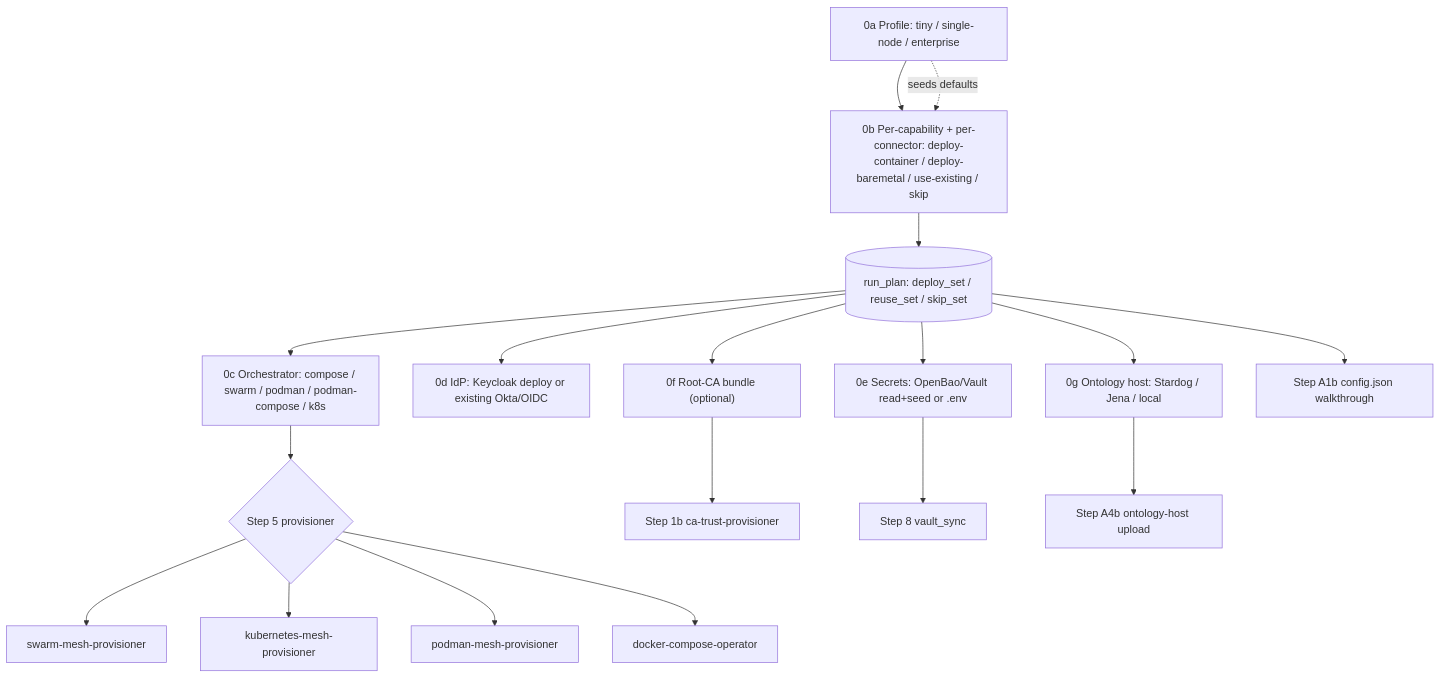
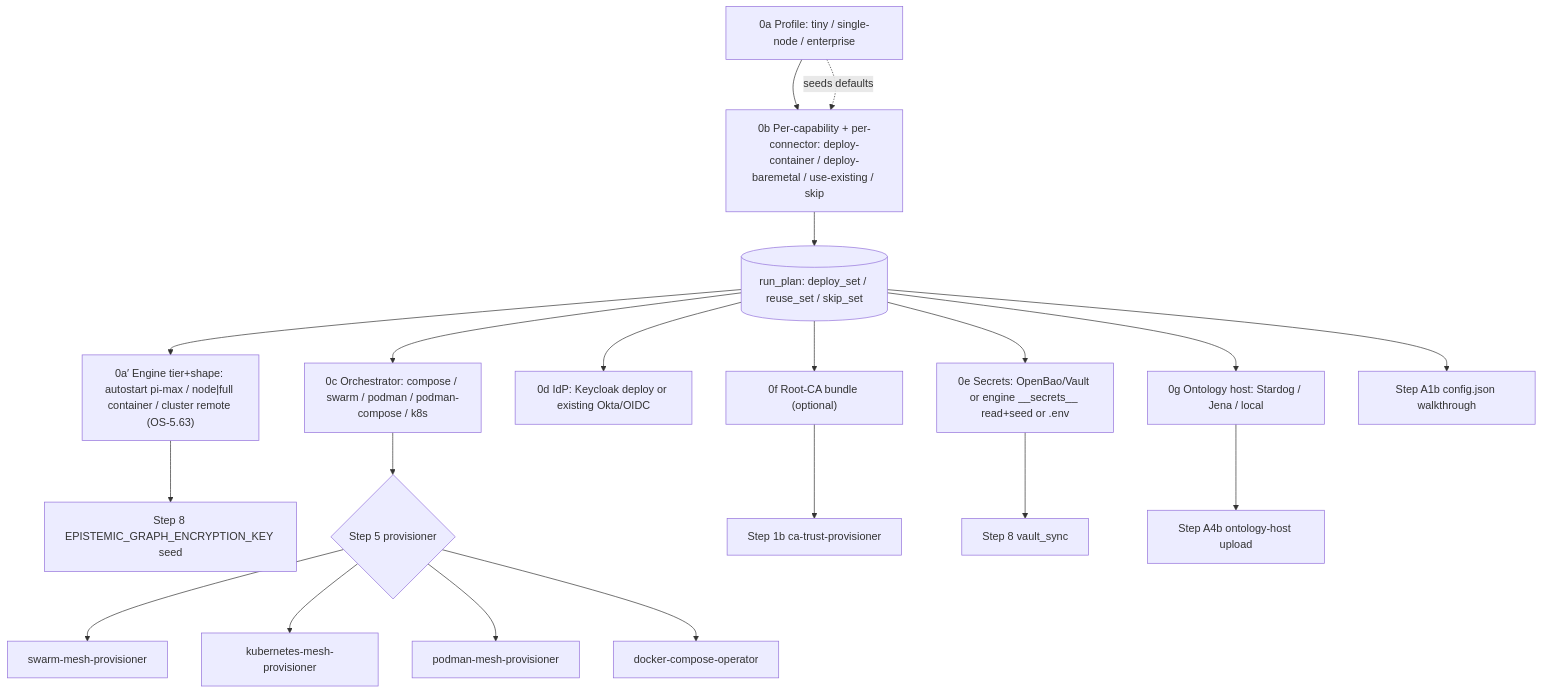
The diagram in agent_utilities/skills/workflows/agent-os-genesis/SKILL.md (Knuckles-Team/agent-utilities), drawn with Mermaid before and after one commit. The commit also changed other lines of this file, not shown here.

First line of the commit message:
docs(genesis): teach SKILL.md the engine-as-the-one-store model

````diff
--- a/agent_utilities/skills/workflows/agent-os-genesis/SKILL.md
+++ b/agent_utilities/skills/workflows/agent-os-genesis/SKILL.md
@@ -250,20 +286,22 @@
 ```mermaid
 flowchart TD
     P["0a Profile: tiny / single-node / enterprise"] --> Q["0b Per-capability + per-connector: deploy-container / deploy-baremetal / use-existing / skip"]
     Q --> RP[("run_plan: deploy_set / reuse_set / skip_set")]
     P -. seeds defaults .-> Q
+    RP --> EG["0a′ Engine tier+shape: autostart pi-max / node|full container / cluster remote (OS-5.63)"]
     RP --> O["0c Orchestrator: compose / swarm / podman / podman-compose / k8s"]
     RP --> ID["0d IdP: Keycloak deploy or existing Okta/OIDC"]
-    RP --> S["0e Secrets: OpenBao/Vault read+seed or .env"]
+    RP --> S["0e Secrets: OpenBao/Vault or engine __secrets__ read+seed or .env"]
+    EG --> EK["Step 8 EPISTEMIC_GRAPH_ENCRYPTION_KEY seed"]
     RP --> CA["0f Root-CA bundle (optional)"]
     RP --> ON["0g Ontology host: Stardog / Jena / local"]
     O --> M{"Step 5 provisioner"}
     M --> SW["swarm-mesh-provisioner"]
     M --> K8["kubernetes-mesh-provisioner"]
     M --> PD["podman-mesh-provisioner"]
     M --> CO["docker-compose-operator"]
     CA --> CT["Step 1b ca-trust-provisioner"]
     S --> V["Step 8 vault_sync"]
     ON --> OH["Step A4b ontology-host upload"]
     RP --> CFG["Step A1b config.json walkthrough"]
 ```
````
